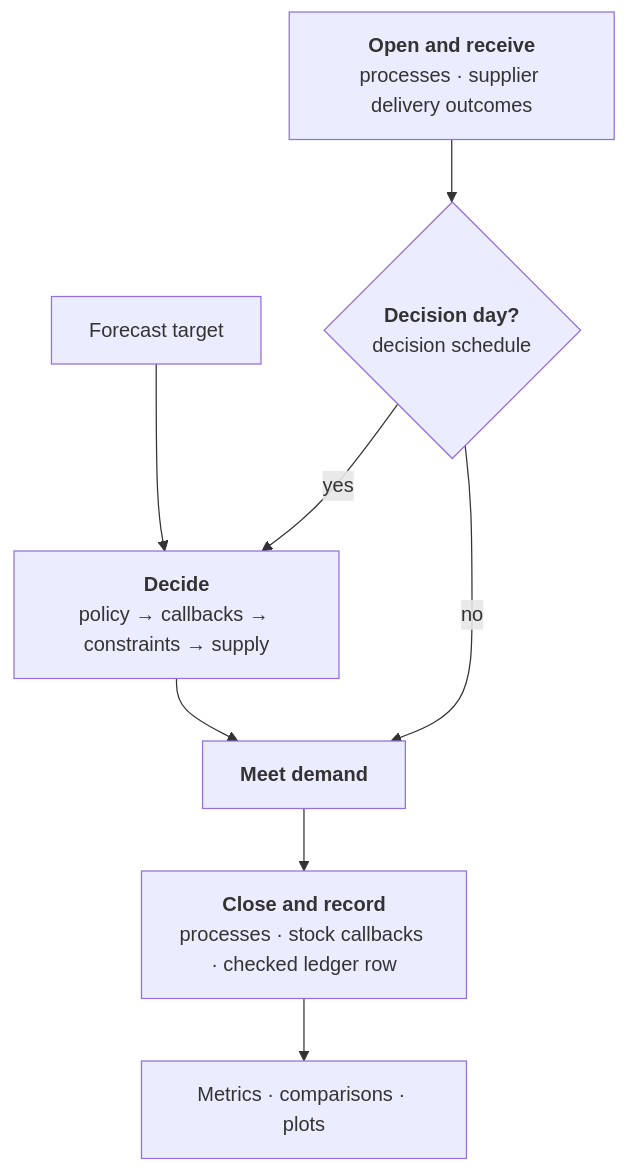
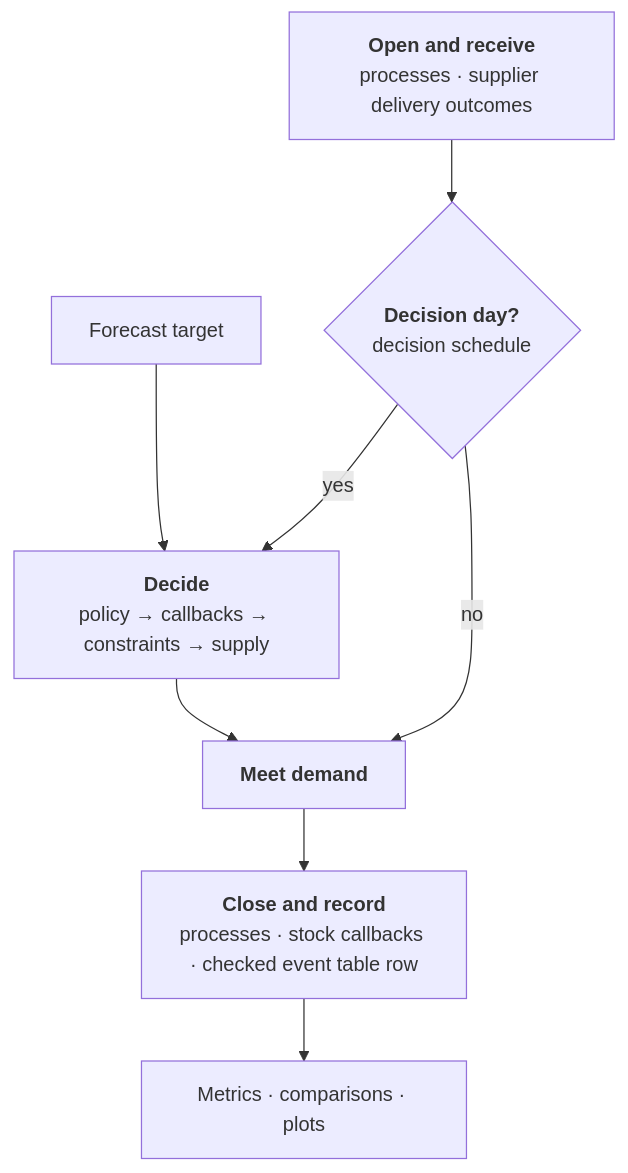
Before and after one commit to FilTheo/stockcast: the diagram in docs/get-started/philosophy.md, drawn with Mermaid. The commit also changed other lines of this file and 66 other files, not shown here.

First line of the commit message:
Docs: call the run record the "event table", not the "ledger"

````diff
--- a/docs/get-started/philosophy.md
+++ b/docs/get-started/philosophy.md
@@ -247,10 +247,10 @@
 ```mermaid
 flowchart TD
     A["<b>Open and receive</b><br/>processes · supplier delivery outcomes"] --> C{"<b>Decision day?</b><br/>decision schedule"}
     F["Forecast target"] --> P
     C -- yes --> P["<b>Decide</b><br/>policy → callbacks → constraints → supply"]
     P --> H["<b>Meet demand</b>"]
     C -- no --> H
-    H --> I["<b>Close and record</b><br/>processes · stock callbacks · checked ledger row"]
+    H --> I["<b>Close and record</b><br/>processes · stock callbacks · checked event table row"]
     I --> M["Metrics · comparisons · plots"]
 ```
````
